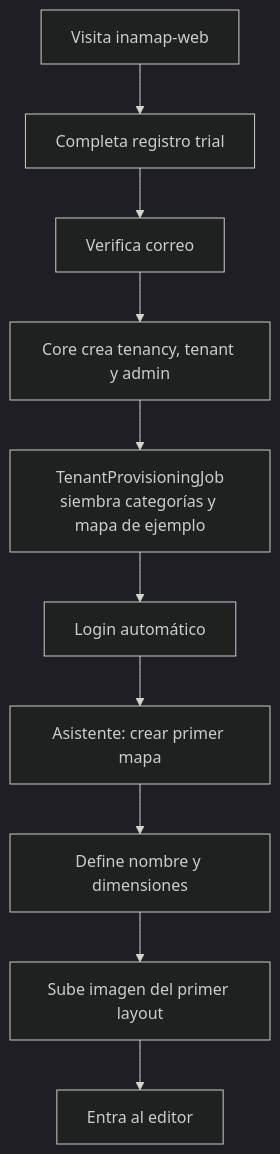
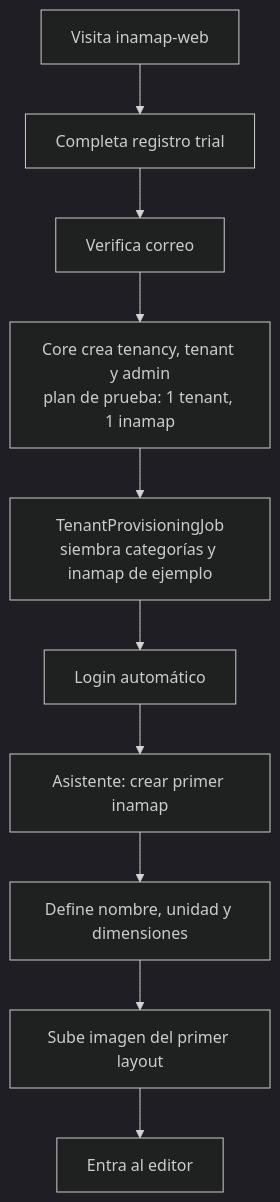
One commit to farandal/inamap-backend-domain changed diagram 12 of 21 in README.md. Above: the diagram before and after it, drawn with Mermaid (dark theme). The commit also changed other lines of this file, not shown here.

First line of the commit message:
docs: finalize INAMAP domain specification

````diff
--- a/README.md
+++ b/README.md
@@ -915,12 +1067,12 @@
 ```mermaid
 flowchart TD
     A["Visita inamap-web"] --> B["Completa registro trial"]
     B --> C["Verifica correo"]
-    C --> D["Core crea tenancy, tenant y admin"]
-    D --> E["TenantProvisioningJob<br/>siembra categorías y mapa de ejemplo"]
+    C --> D["Core crea tenancy, tenant y admin<br/>plan de prueba: 1 tenant, 1 inamap"]
+    D --> E["TenantProvisioningJob<br/>siembra categorías y inamap de ejemplo"]
     E --> F["Login automático"]
-    F --> G["Asistente: crear primer mapa"]
-    G --> H["Define nombre y dimensiones"]
+    F --> G["Asistente: crear primer inamap"]
+    G --> H["Define nombre, unidad y dimensiones"]
     H --> I["Sube imagen del primer layout"]
     I --> J["Entra al editor"]
 ```
````
